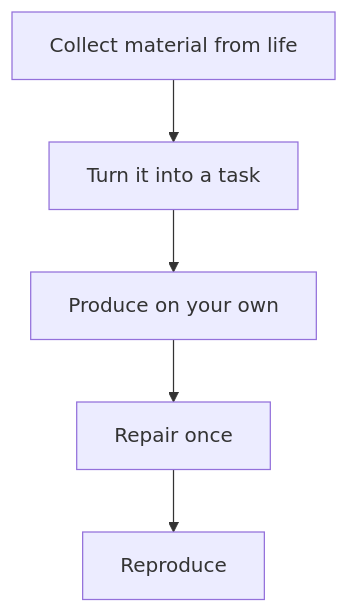
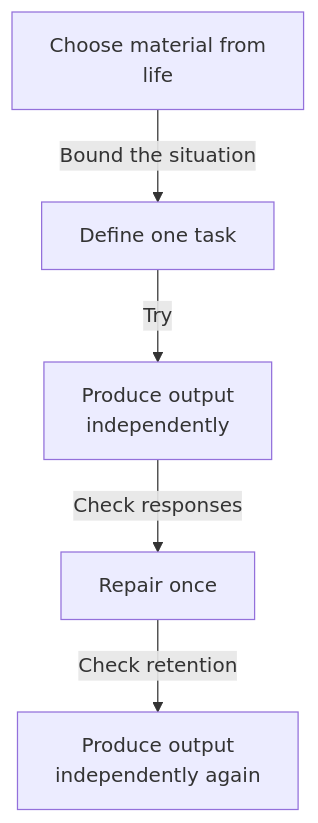
Before and after one commit to daylight55/research: the second of 2 diagrams in articles/report/living-language-view-learning-method/en/index.mdx, drawn with Mermaid. The commit also changed other lines of this file and 181 other files, not shown here.

First line of the commit message:
全記事の図解368点を再生成し、共通注意書きを削除 (#402)

````diff
--- a/articles/report/living-language-view-learning-method/en/index.mdx
+++ b/articles/report/living-language-view-learning-method/en/index.mdx
@@ -102,7 +109,14 @@
 ```mermaid
 flowchart TD
-  A["Collect material from life"] --> B["Turn it into a task"]
-  B --> C["Produce on your own"]
-  C --> D["Repair once"]
-  D --> E["Reproduce"]
+  accTitle: From choosing material to one repair and another attempt
+  accDescr: Separate collecting material, defining a task, producing output, repairing it and trying again.
+  N0["Choose material from<br/>life"]
+  N1["Define one task"]
+  N2["Produce output<br/>independently"]
+  N3["Repair once"]
+  N4["Produce output<br/>independently again"]
+  N0 -->|Bound the situation| N1
+  N1 -->|Try| N2
+  N2 -->|Check responses| N3
+  N3 -->|Check retention| N4
 ```
````
